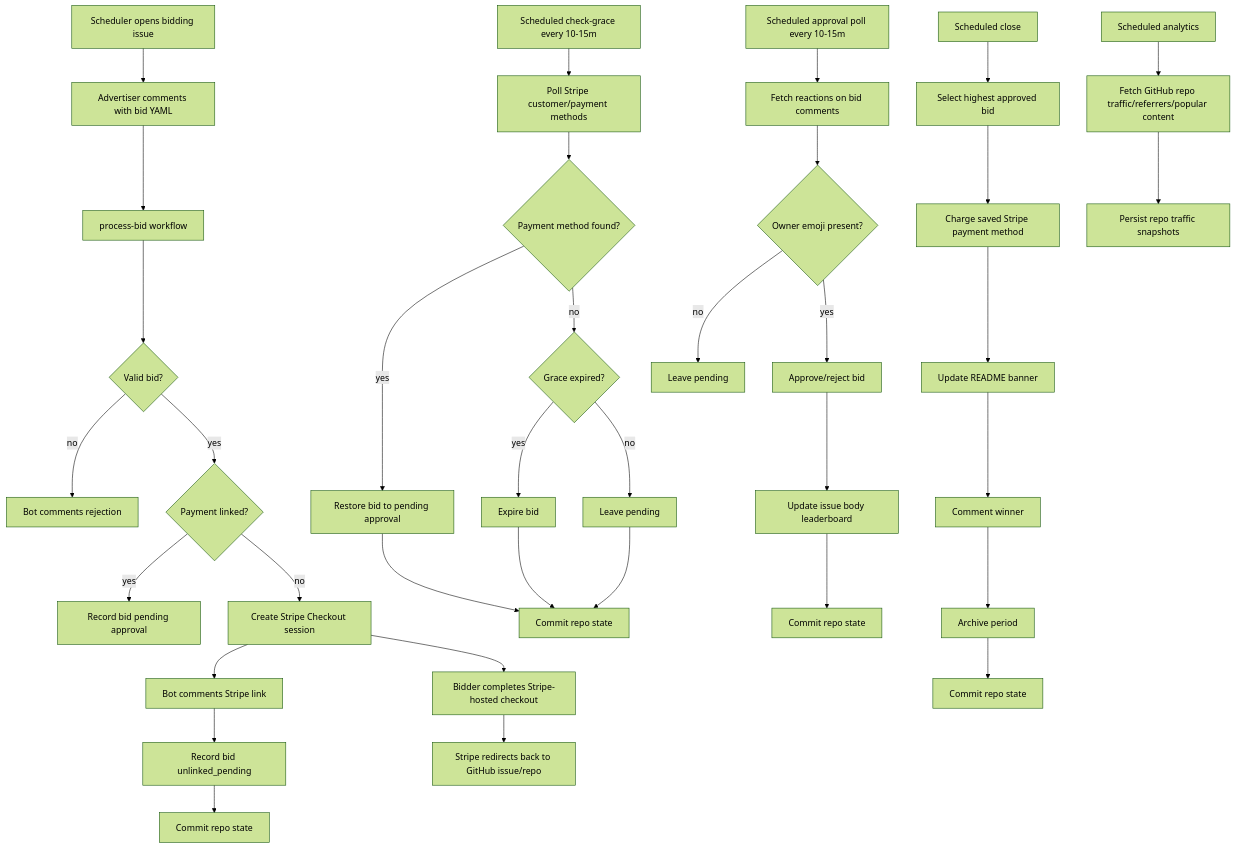
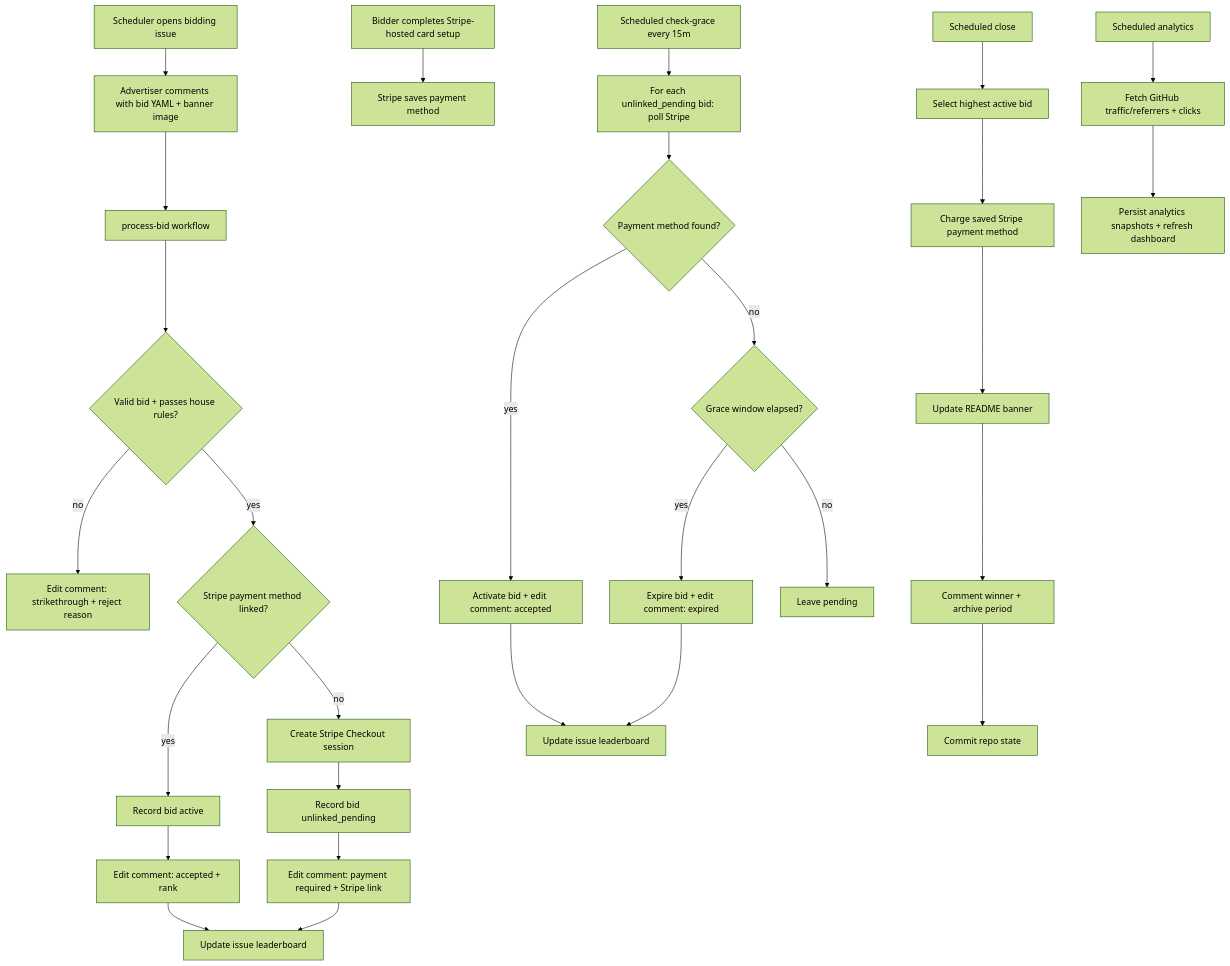
Before and after one commit to dan-dr/BIDME.md: the diagram in flow.md, drawn with Mermaid (forest theme). The commit also changed other lines of this file and 24 other files, not shown here.

First line of the commit message:
feat!: remove approval flow, add payment grace + comment-edit UX

````diff
--- a/flow.md
+++ b/flow.md
@@ -3,43 +3,35 @@
 ```mermaid
 flowchart TD
-  A[Scheduler opens bidding issue] --> B[Advertiser comments with bid YAML]
+  A[Scheduler opens bidding issue] --> B[Advertiser comments with bid YAML + banner image]
   B --> C[process-bid workflow]
-  C --> D{Valid bid?}
-  D -- no --> E[Bot comments rejection]
-  D -- yes --> F{Payment linked?}
-  F -- yes --> G[Record bid pending approval]
-  F -- no --> H[Create Stripe Checkout session]
-  H --> I[Bot comments Stripe link]
+  C --> D{Valid bid + passes house rules?}
+  D -- no --> E[Edit comment: strikethrough + reject reason]
+  D -- yes --> F{Stripe payment method linked?}
+  F -- yes --> G[Record bid active]
+  G --> H[Edit comment: accepted + rank]
+  F -- no --> I[Create Stripe Checkout session]
   I --> J[Record bid unlinked_pending]
-  J --> K[Commit repo state]
+  J --> K[Edit comment: payment required + Stripe link]
+  H --> L[Update issue leaderboard]
+  K --> L
 
-  H --> L[Bidder completes Stripe-hosted checkout]
-  L --> M[Stripe redirects back to GitHub issue/repo]
+  M[Bidder completes Stripe-hosted card setup] --> N[Stripe saves payment method]
 
-  N[Scheduled check-grace every 10-15m] --> O[Poll Stripe customer/payment methods]
-  O --> P{Payment method found?}
-  P -- yes --> Q[Restore bid to pending approval]
-  P -- no --> R{Grace expired?}
-  R -- yes --> S[Expire bid]
-  R -- no --> T[Leave pending]
-  Q --> U[Commit repo state]
-  S --> U
-  T --> U
+  O[Scheduled check-grace every 15m] --> P[For each unlinked_pending bid: poll Stripe]
+  P --> Q{Payment method found?}
+  Q -- yes --> R[Activate bid + edit comment: accepted]
+  Q -- no --> S{Grace window elapsed?}
+  S -- yes --> T[Expire bid + edit comment: expired]
+  S -- no --> U[Leave pending]
+  R --> V[Update issue leaderboard]
+  T --> V
 
-  V[Scheduled approval poll every 10-15m] --> W[Fetch reactions on bid comments]
-  W --> X{Owner emoji present?}
-  X -- yes --> Y[Approve/reject bid]
-  X -- no --> Z[Leave pending]
-  Y --> AA[Update issue body leaderboard]
+  W[Scheduled close] --> X[Select highest active bid]
+  X --> Y[Charge saved Stripe payment method]
+  Y --> Z[Update README banner]
+  Z --> AA[Comment winner + archive period]
   AA --> AB[Commit repo state]
 
-  AC[Scheduled close] --> AD[Select highest approved bid]
-  AD --> AE[Charge saved Stripe payment method]
-  AE --> AF[Update README banner]
-  AF --> AG[Comment winner]
-  AG --> AH[Archive period]
-  AH --> AI[Commit repo state]
-
-  AJ[Scheduled analytics] --> AK[Fetch GitHub repo traffic/referrers/popular content]
-  AK --> AL[Persist repo traffic snapshots]
+  AC[Scheduled analytics] --> AD[Fetch GitHub traffic/referrers + clicks]
+  AD --> AE[Persist analytics snapshots + refresh dashboard]
 ```
````
